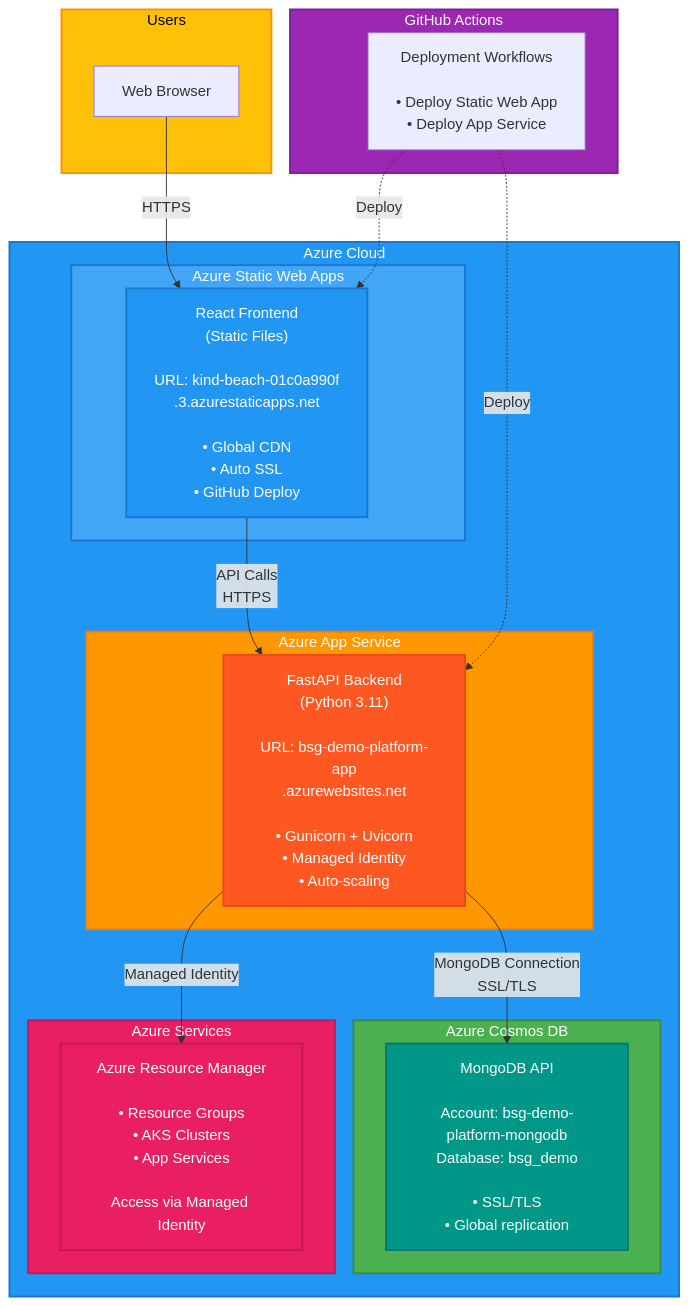
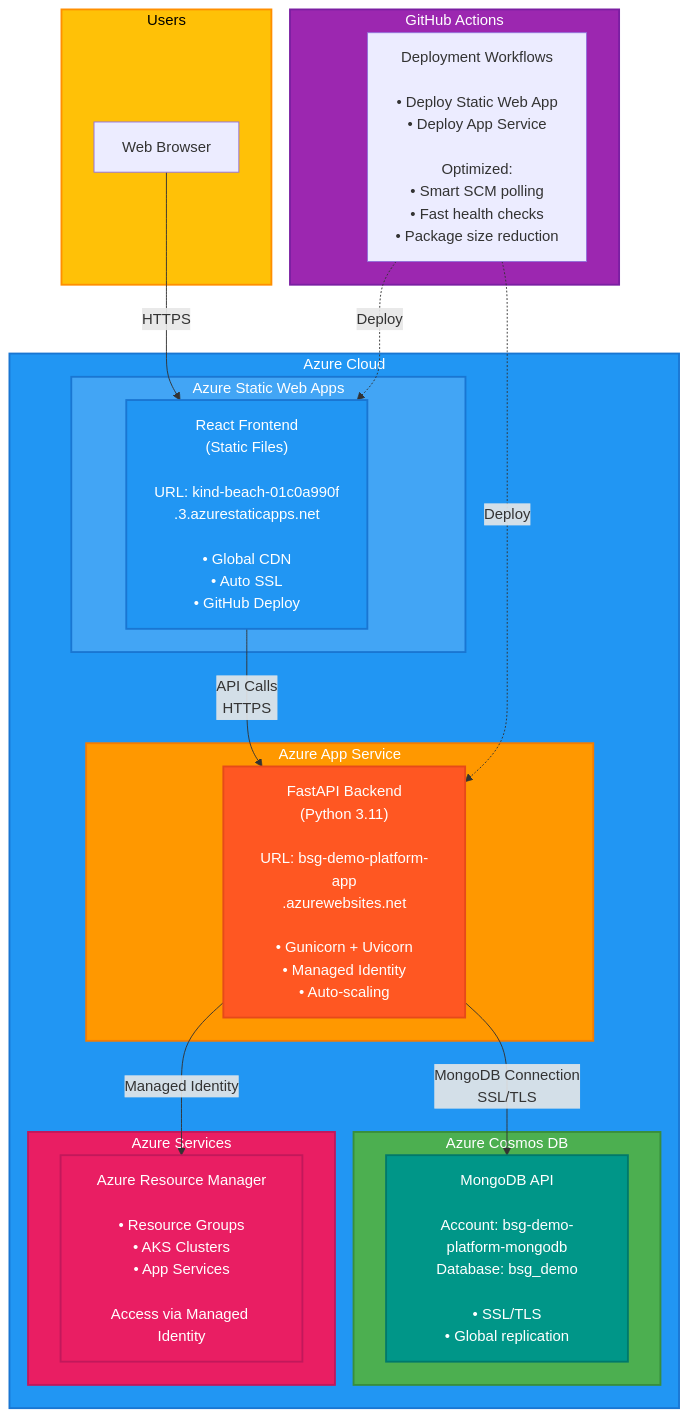
Before and after one commit to sergey1tovstogan/bsg-demo-platform: the third of 3 diagrams in docs/ARCHITECTURE.md, drawn with Mermaid. The commit also changed other lines of this file and 2 other files, not shown here.

First line of the commit message:
Update documentation to reflect deployment optimizations

````diff
--- a/docs/ARCHITECTURE.md
+++ b/docs/ARCHITECTURE.md
@@ -266,47 +266,47 @@
 ```mermaid
 graph TB
     subgraph User["Users"]
         Browser["Web Browser"]
     end
     
     subgraph Azure["Azure Cloud"]
         subgraph FrontendService["Azure Static Web Apps"]
             StaticWebApp["React Frontend<br/>(Static Files)<br/><br/>URL: kind-beach-01c0a990f<br/>.3.azurestaticapps.net<br/><br/>• Global CDN<br/>• Auto SSL<br/>• GitHub Deploy"]
         end
         
         subgraph BackendService["Azure App Service"]
             AppService["FastAPI Backend<br/>(Python 3.11)<br/><br/>URL: bsg-demo-platform-app<br/>.azurewebsites.net<br/><br/>• Gunicorn + Uvicorn<br/>• Managed Identity<br/>• Auto-scaling"]
         end
         
         subgraph Database["Azure Cosmos DB"]
             CosmosDB["MongoDB API<br/><br/>Account: bsg-demo-platform-mongodb<br/>Database: bsg_demo<br/><br/>• SSL/TLS<br/>• Global replication"]
         end
         
         subgraph AzureServices["Azure Services"]
             ResourceManager["Azure Resource Manager<br/><br/>• Resource Groups<br/>• AKS Clusters<br/>• App Services<br/><br/>Access via Managed Identity"]
         end
     end
     
     subgraph CI["GitHub Actions"]
-        Workflow["Deployment Workflows<br/><br/>• Deploy Static Web App<br/>• Deploy App Service"]
+        Workflow["Deployment Workflows<br/><br/>• Deploy Static Web App<br/>• Deploy App Service<br/><br/>Optimized:<br/>• Smart SCM polling<br/>• Fast health checks<br/>• Package size reduction"]
     end
     
     Browser -->|HTTPS| StaticWebApp
     StaticWebApp -->|API Calls<br/>HTTPS| AppService
     AppService -->|MongoDB Connection<br/>SSL/TLS| CosmosDB
     AppService -->|Managed Identity| ResourceManager
     Workflow -.->|Deploy| StaticWebApp
     Workflow -.->|Deploy| AppService
     
     style User fill:#FFC107,stroke:#FF8F00,stroke-width:2px,color:#000
     style Azure fill:#2196F3,stroke:#1976D2,stroke-width:2px,color:#fff
     style FrontendService fill:#42A5F5,stroke:#1976D2,stroke-width:2px,color:#fff
     style BackendService fill:#FF9800,stroke:#F57C00,stroke-width:2px,color:#fff
     style Database fill:#4CAF50,stroke:#388E3C,stroke-width:2px,color:#fff
     style AzureServices fill:#E91E63,stroke:#C2185B,stroke-width:2px,color:#fff
     style CI fill:#9C27B0,stroke:#7B1FA2,stroke-width:2px,color:#fff
     style StaticWebApp fill:#2196F3,stroke:#1976D2,stroke-width:2px,color:#fff
     style AppService fill:#FF5722,stroke:#E64A19,stroke-width:2px,color:#fff
     style CosmosDB fill:#009688,stroke:#00796B,stroke-width:2px,color:#fff
     style ResourceManager fill:#E91E63,stroke:#C2185B,stroke-width:2px,color:#fff
 ```
````
